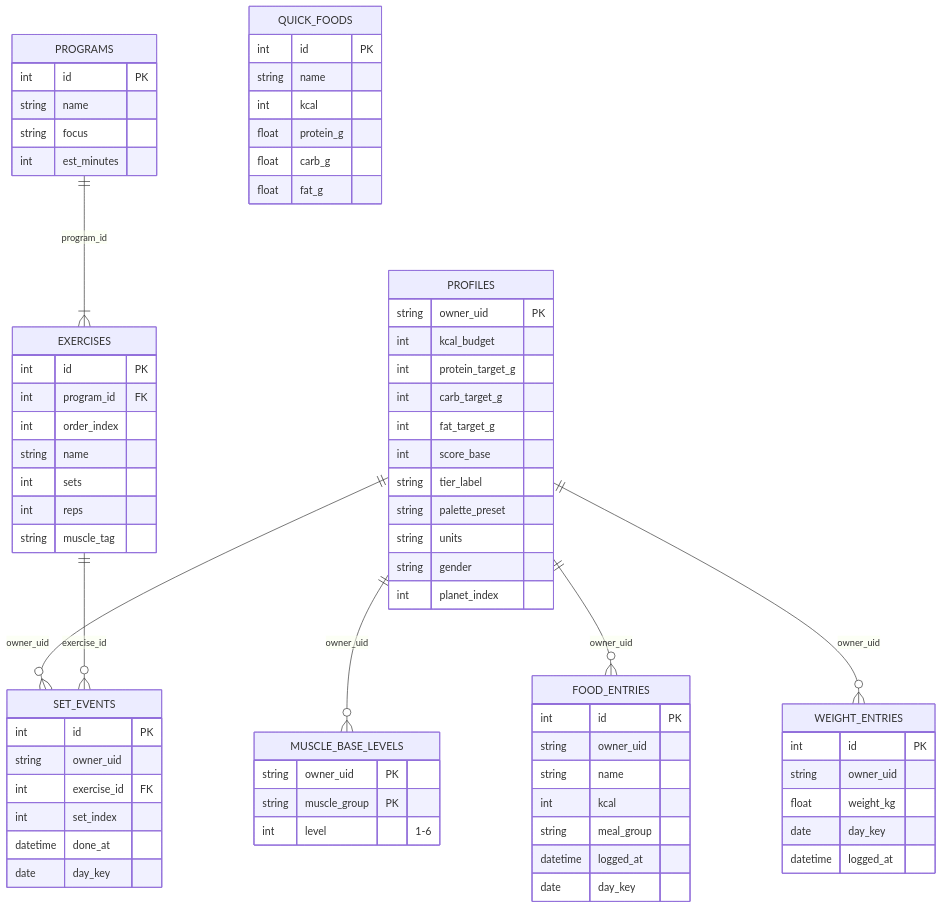
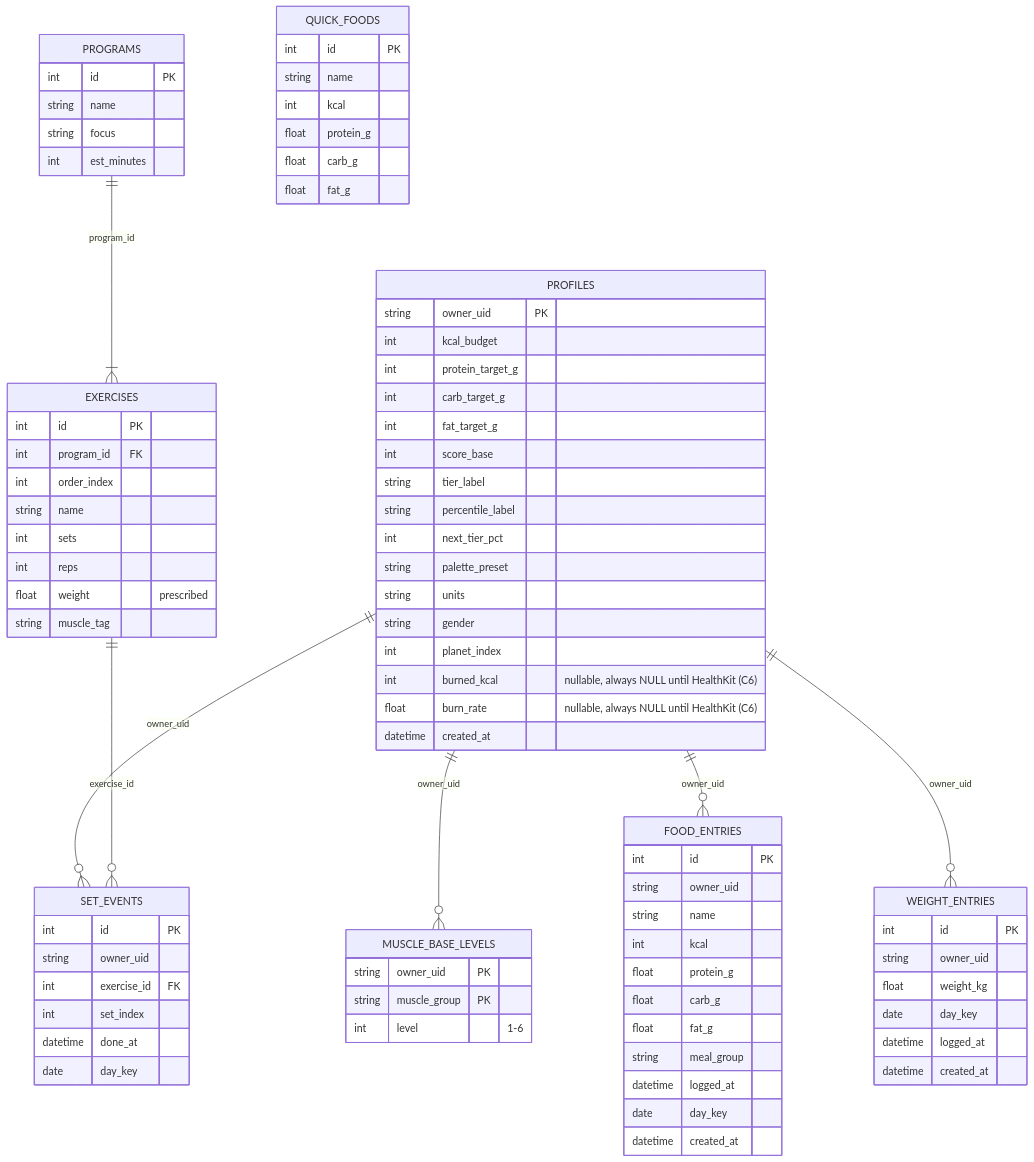
Before and after one commit to bretthinkle123/orbit-fitness-app: the sixth of 8 diagrams in docs/system_architecture.md, drawn with Mermaid. The commit also changed other lines of this file and 12 other files, not shown here.

````diff
--- a/docs/system_architecture.md
+++ b/docs/system_architecture.md
@@ -186,10 +190,15 @@
         int fat_target_g
         int score_base
         string tier_label
+        string percentile_label
+        int next_tier_pct
         string palette_preset
         string units
         string gender
         int planet_index
+        int burned_kcal "nullable, always NULL until HealthKit (C6)"
+        float burn_rate "nullable, always NULL until HealthKit (C6)"
+        datetime created_at
     }
     MUSCLE_BASE_LEVELS {
         string owner_uid PK
@@ -209,9 +218,13 @@
         string owner_uid
         string name
         int kcal
+        float protein_g
+        float carb_g
+        float fat_g
         string meal_group
         datetime logged_at
         date day_key
+        datetime created_at
     }
     PROGRAMS {
         int id PK
@@ -226,6 +239,7 @@
         string name
         int sets
         int reps
+        float weight "prescribed"
         string muscle_tag
     }
     SET_EVENTS {
@@ -242,5 +256,6 @@
         float weight_kg
         date day_key
         datetime logged_at
+        datetime created_at
     }
 ```
````
